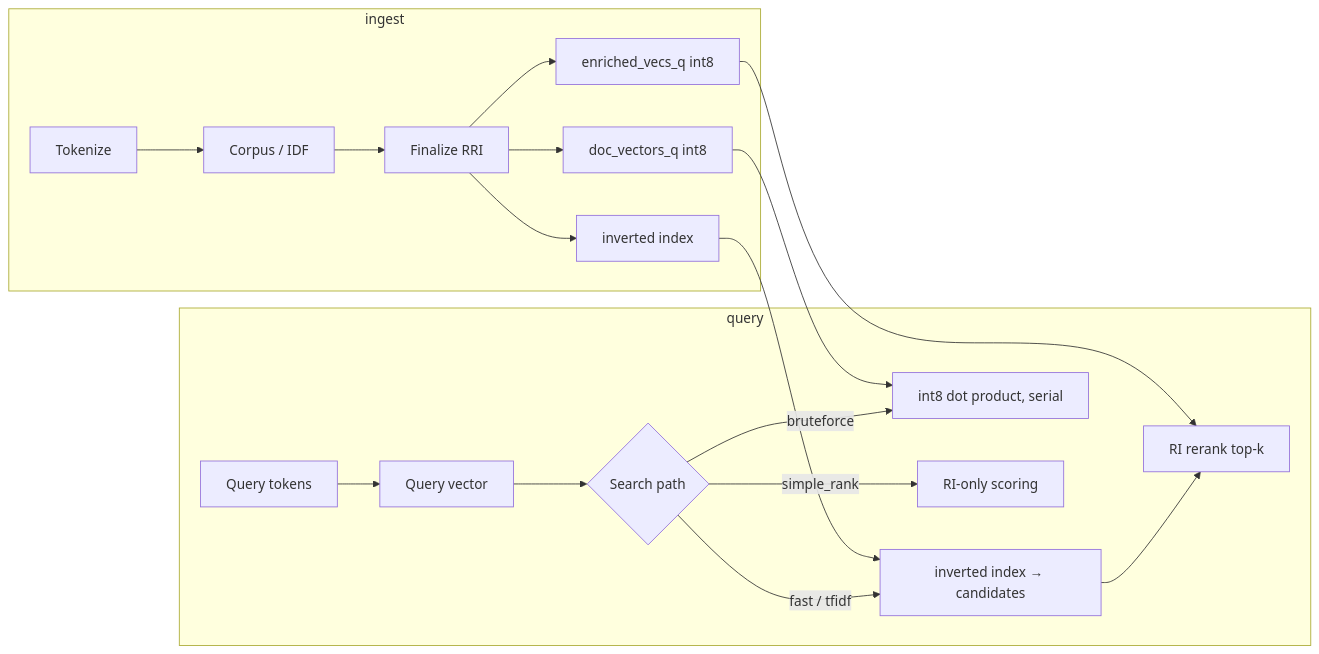
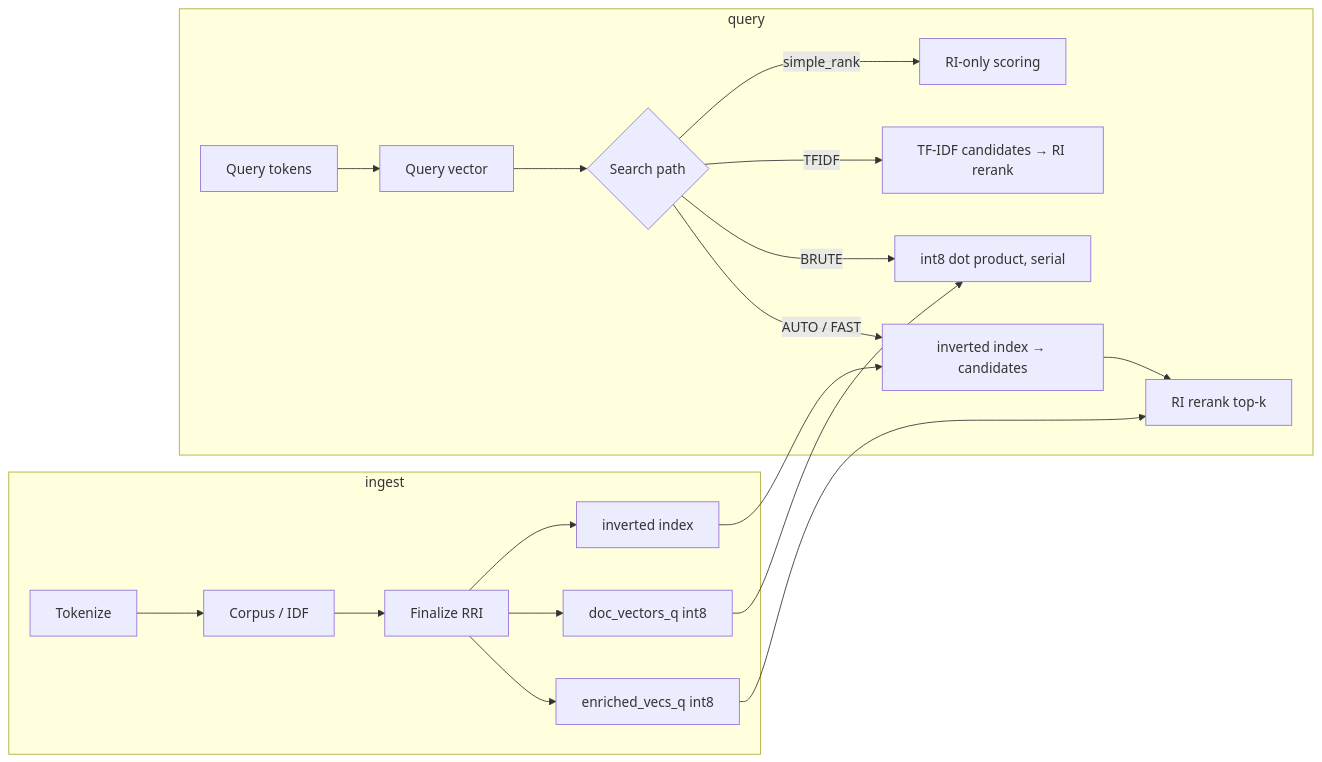
One commit to nilsonsfj/fast-code-embed changed the diagram in OVERVIEW-AND-ARCHITECTURE.md. Above: the diagram before and after it, drawn with Mermaid. The commit also changed other lines of this file and 11 other files, not shown here.

````diff
--- a/OVERVIEW-AND-ARCHITECTURE.md
+++ b/OVERVIEW-AND-ARCHITECTURE.md
@@ -5,21 +5,22 @@
 ```mermaid
 flowchart LR
   subgraph ingest
     A[Tokenize] --> B[Corpus / IDF]
     B --> C[Finalize RRI]
     C --> D[enriched_vecs_q int8]
     C --> E[doc_vectors_q int8]
     C --> F[inverted index]
   end
   subgraph query
     Q[Query tokens] --> R[Query vector]
     R --> S{Search path}
-    S -->|fast / tfidf| T[inverted index → candidates]
+    S -->|AUTO / FAST| T[inverted index → candidates]
     T --> U[RI rerank top-k]
-    S -->|bruteforce| V[int8 dot product, serial]
+    S -->|BRUTE| V[int8 dot product, serial]
+    S -->|TFIDF| X[TF-IDF candidates → RI rerank]
     S -->|simple_rank| W[RI-only scoring]
   end
   D --> U
   E --> V
   F --> T
 ```
````
